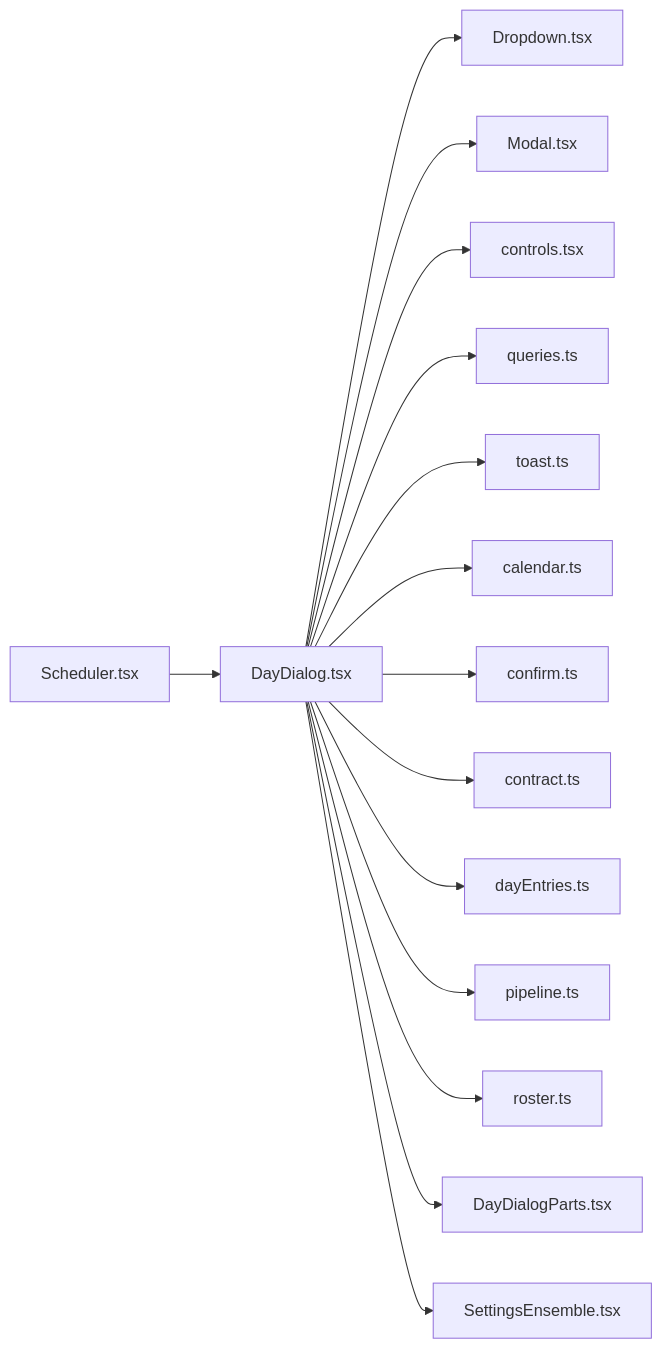
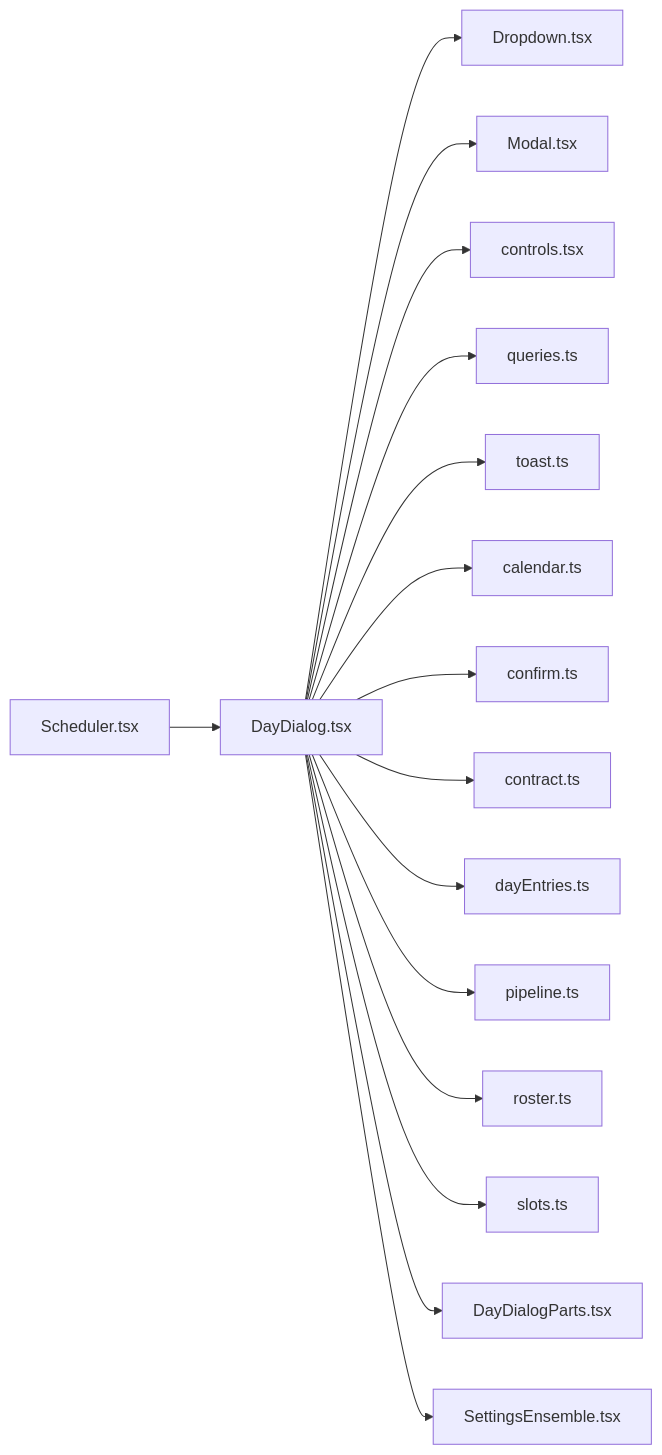
The diagram in .cluedoc/graph/frontend/src/routes/DayDialog.md (minkong-dev/Banblit), drawn with Mermaid before and after one commit. The commit also changed other lines of this file and 56 other files, not shown here.

Commit message:
frontend: import pure lib functions from their own files instead of through pipeline

````diff
--- a/.cluedoc/graph/frontend/src/routes/DayDialog.md
+++ b/.cluedoc/graph/frontend/src/routes/DayDialog.md
@@ -10,18 +10,19 @@
 ```mermaid
 flowchart LR
   frontend_src_routes_DayDialog["DayDialog.tsx"]
   frontend_src_routes_DayDialog --> frontend_src_components_Dropdown["Dropdown.tsx"]
   frontend_src_routes_DayDialog --> frontend_src_components_Modal["Modal.tsx"]
   frontend_src_routes_DayDialog --> frontend_src_components_controls["controls.tsx"]
   frontend_src_routes_DayDialog --> frontend_src_components_queries["queries.ts"]
   frontend_src_routes_DayDialog --> frontend_src_components_toast["toast.ts"]
   frontend_src_routes_DayDialog --> frontend_src_lib_calendar["calendar.ts"]
   frontend_src_routes_DayDialog --> frontend_src_lib_confirm["confirm.ts"]
   frontend_src_routes_DayDialog --> frontend_src_lib_contract["contract.ts"]
   frontend_src_routes_DayDialog --> frontend_src_lib_dayEntries["dayEntries.ts"]
   frontend_src_routes_DayDialog --> frontend_src_lib_pipeline["pipeline.ts"]
   frontend_src_routes_DayDialog --> frontend_src_lib_roster["roster.ts"]
+  frontend_src_routes_DayDialog --> frontend_src_lib_slots["slots.ts"]
   frontend_src_routes_DayDialog --> frontend_src_routes_DayDialogParts["DayDialogParts.tsx"]
   frontend_src_routes_DayDialog --> frontend_src_routes_SettingsEnsemble["SettingsEnsemble.tsx"]
   frontend_src_routes_Scheduler["Scheduler.tsx"] --> frontend_src_routes_DayDialog
 ```
````
